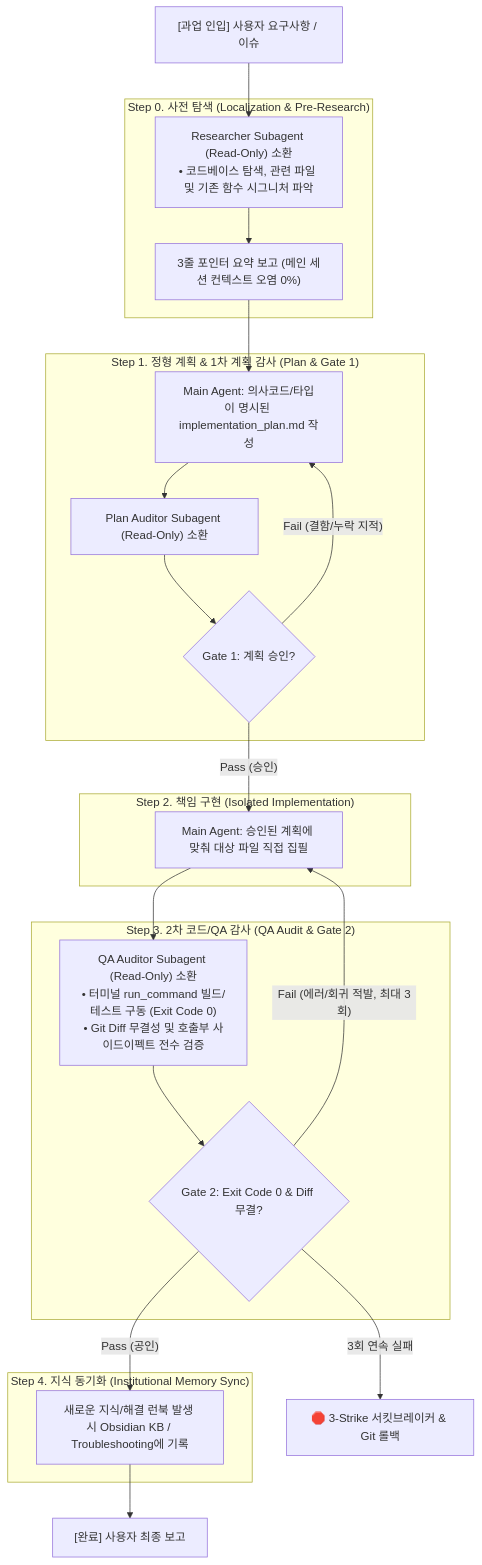
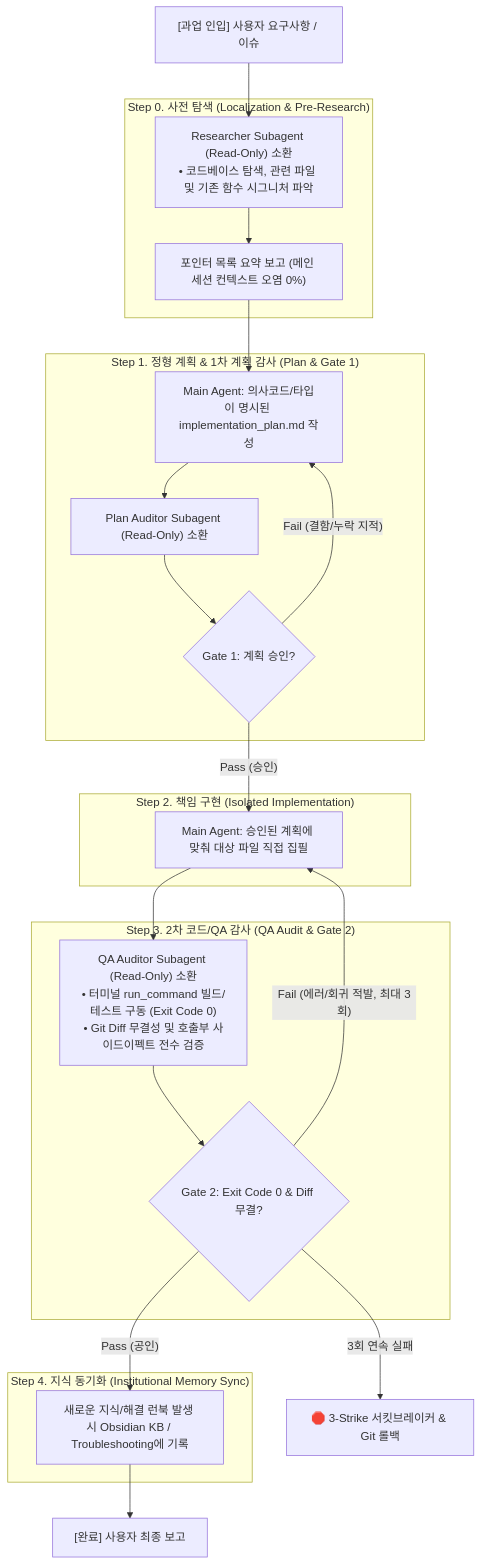
Before and after one commit to jin20203458/Obsidian.Agent: the second of 2 diagrams in ai_agent_refs/Agent_Collaboration_Workflow_Guidelines.md, drawn with Mermaid. The commit also changed other lines of this file, not shown here.

````diff
--- a/ai_agent_refs/Agent_Collaboration_Workflow_Guidelines.md
+++ b/ai_agent_refs/Agent_Collaboration_Workflow_Guidelines.md
@@ -48,41 +48,41 @@
 ```mermaid
 flowchart TD
     Task["[과업 인입] 사용자 요구사항 / 이슈"]
 
     subgraph Step0 ["Step 0. 사전 탐색 (Localization & Pre-Research)"]
         S0_Worker["Researcher Subagent (Read-Only) 소환<br>• 코드베이스 탐색, 관련 파일 및 기존 함수 시그니처 파악"]
-        S0_Report["3줄 포인터 요약 보고 (메인 세션 컨텍스트 오염 0%)"]
+        S0_Report["포인터 목록 요약 보고 (메인 세션 컨텍스트 오염 0%)"]
         S0_Worker --> S0_Report
     end
 
     subgraph Step1 ["Step 1. 정형 계획 & 1차 계획 감사 (Plan & Gate 1)"]
         S1_Plan["Main Agent: 의사코드/타입이 명시된 implementation_plan.md 작성"]
         S1_Audit["Plan Auditor Subagent (Read-Only) 소환"]
         G1{"Gate 1: 계획 승인?"}
         S1_Plan --> S1_Audit --> G1
     end
 
     subgraph Step2 ["Step 2. 책임 구현 (Isolated Implementation)"]
         S2_Code["Main Agent: 승인된 계획에 맞춰 대상 파일 직접 집필"]
     end
 
     subgraph Step3 ["Step 3. 2차 코드/QA 감사 (QA Audit & Gate 2)"]
         S3_QA["QA Auditor Subagent (Read-Only) 소환<br>• 터미널 run_command 빌드/테스트 구동 (Exit Code 0)<br>• Git Diff 무결성 및 호출부 사이드이펙트 전수 검증"]
         G2{"Gate 2: Exit Code 0 & Diff 무결?"}
         S3_QA --> G2
     end
 
     subgraph Step4 ["Step 4. 지식 동기화 (Institutional Memory Sync)"]
         S4_Log["새로운 지식/해결 런북 발생 시 Obsidian KB / Troubleshooting에 기록"]
     end
 
     Task --> S0_Worker
     S0_Report --> S1_Plan
     G1 -- "Fail (결함/누락 지적)" --> S1_Plan
     G1 -- "Pass (승인)" --> S2_Code
     S2_Code --> S3_QA
     G2 -- "Fail (에러/회귀 적발, 최대 3회)" --> S2_Code
     G2 -- "3회 연속 실패" --> Rollback["🛑 3-Strike 서킷브레이커 & Git 롤백"]
     G2 -- "Pass (공인)" --> S4_Log
     S4_Log --> Done["[완료] 사용자 최종 보고"]
 ```
````
